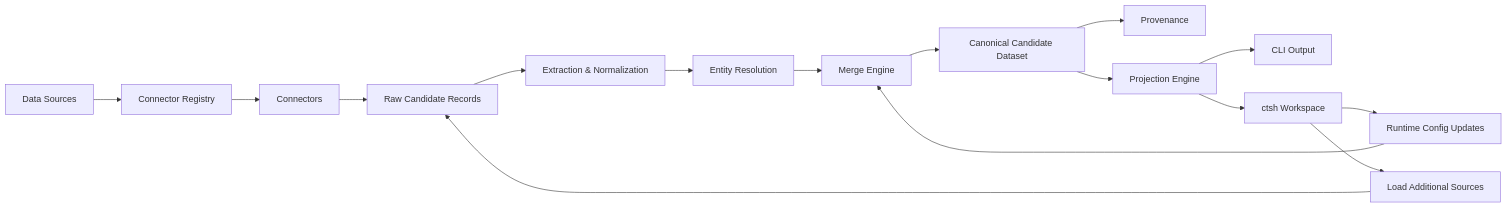
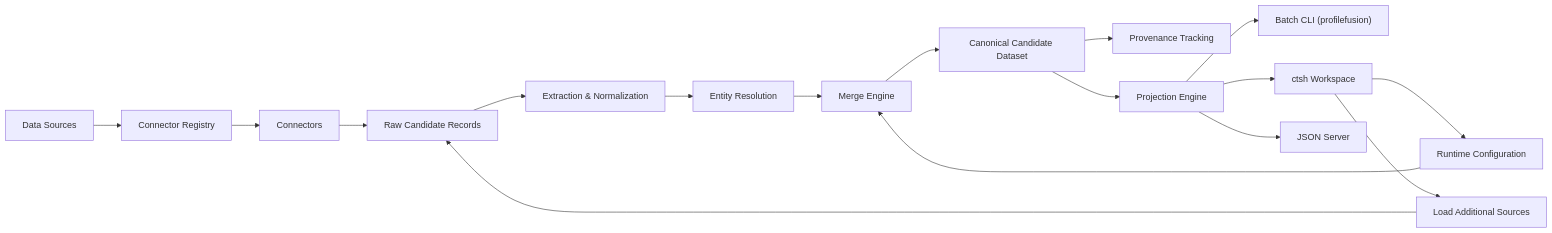
Before and after one commit to suryanandanbabbar/candidate-transformer: the diagram in README.md, drawn with Mermaid.

````diff
--- a/README.md
+++ b/README.md
@@ -49,18 +49,26 @@
 ```mermaid
 flowchart LR
-    A[Data Sources] --> B[Connector Registry]
-    B --> C[Connectors]
-    C --> D[Raw Candidate Records]
-    D --> E[Extraction & Normalization]
-    E --> F[Entity Resolution]
-    F --> G[Merge Engine]
-    G --> H[Canonical Candidate Dataset]
-    H --> I[Provenance]
-    H --> J[Projection Engine]
-    J --> K[CLI Output]
-    J --> L[ctsh Workspace]
-    L --> M[Runtime Config Updates]
+
+    A["Data Sources"] --> B["Connector Registry"]
+    B --> C["Connectors"]
+    C --> D["Raw Candidate Records"]
+
+    D --> E["Extraction & Normalization"]
+    E --> F["Entity Resolution"]
+    F --> G["Merge Engine"]
+
+    G --> H["Canonical Candidate Dataset"]
+
+    H --> I["Provenance Tracking"]
+    H --> J["Projection Engine"]
+
+    J --> K["Batch CLI (profilefusion)"]
+    J --> L["ctsh Workspace"]
+    J --> O["JSON Server"]
+
+    L --> M["Runtime Configuration"]
     M --> G
-    L --> N[Load Additional Sources]
+
+    L --> N["Load Additional Sources"]
     N --> D
 ```
````
